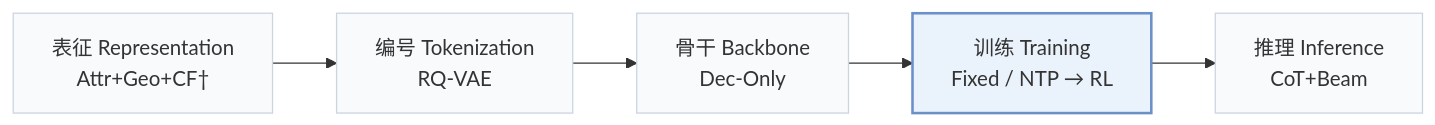
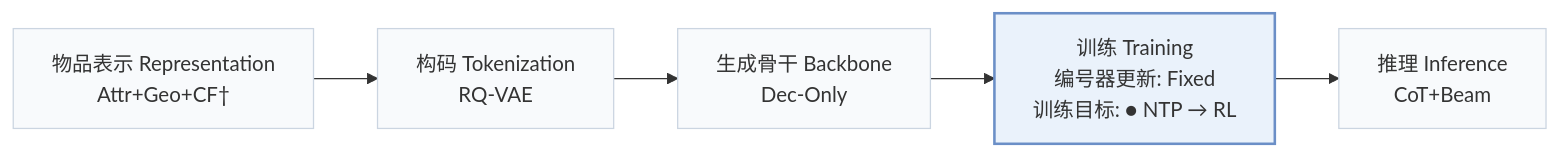
Before and after one commit to Galaxy-ghost/Awesome-SID-Generative-Rec: the first of 3 diagrams in pages/zh/papers/think2go.md, drawn with Mermaid. The commit also changed other lines of this file and 558 other files, not shown here.

````diff
--- a/pages/zh/papers/think2go.md
+++ b/pages/zh/papers/think2go.md
@@ -15,8 +19,8 @@
 ```mermaid
 flowchart LR
-    R["表征 Representation<br/>Attr+Geo+CF†"] --> T["编号 Tokenization<br/>RQ-VAE"] --> B["骨干 Backbone<br/>Dec-Only"] --> TR["训练 Training<br/>Fixed / NTP → RL"] --> I["推理 Inference<br/>CoT+Beam"]
+    R["物品表示 Representation<br/>Attr+Geo+CF†"] --> T["构码 Tokenization<br/>RQ-VAE"] --> B["生成骨干 Backbone<br/>Dec-Only"] --> TR["训练 Training<br/>编号器更新: Fixed<br/>训练目标: ● NTP → RL"] --> I["推理 Inference<br/>CoT+Beam"]
     classDef base fill:#f8fafc,stroke:#cbd5e1
     class R,T,B,TR,I base
     classDef main fill:#eaf2fb,stroke:#6b8fc7,stroke-width:2px
     class TR main
 ```
````
